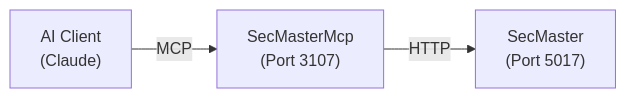
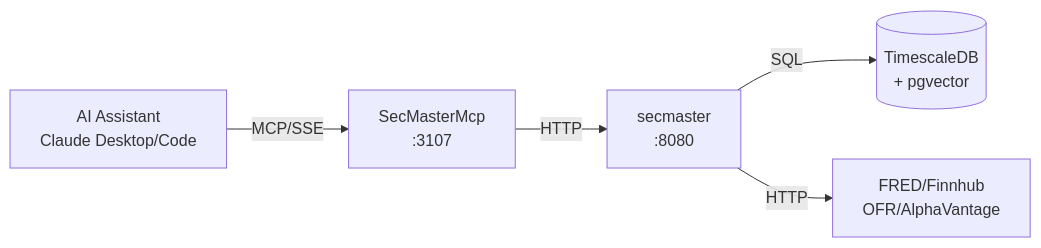
Before and after one commit to jpansarasa/ATLAS-Docs: the diagram in SecMasterMcp/README.md, drawn with Mermaid. The commit also changed other lines of this file and 31 other files, not shown here.

````diff
--- a/SecMasterMcp/README.md
+++ b/SecMasterMcp/README.md
@@ -18,5 +11,7 @@
 ```mermaid
 flowchart LR
-    AI["AI Client<br/>(Claude)"] -->|MCP| MCP["SecMasterMcp<br/>(Port 3107)"]
-    MCP -->|HTTP| SM["SecMaster<br/>(Port 5017)"]
+    AI[AI Assistant<br/>Claude Desktop/Code] -->|MCP/SSE| MCP[SecMasterMcp<br/>:3107]
+    MCP -->|HTTP| SM[secmaster<br/>:8080]
+    SM -->|SQL| DB[(TimescaleDB<br/>+ pgvector)]
+    SM -->|HTTP| Collectors[FRED/Finnhub<br/>OFR/AlphaVantage]
 ```
````
